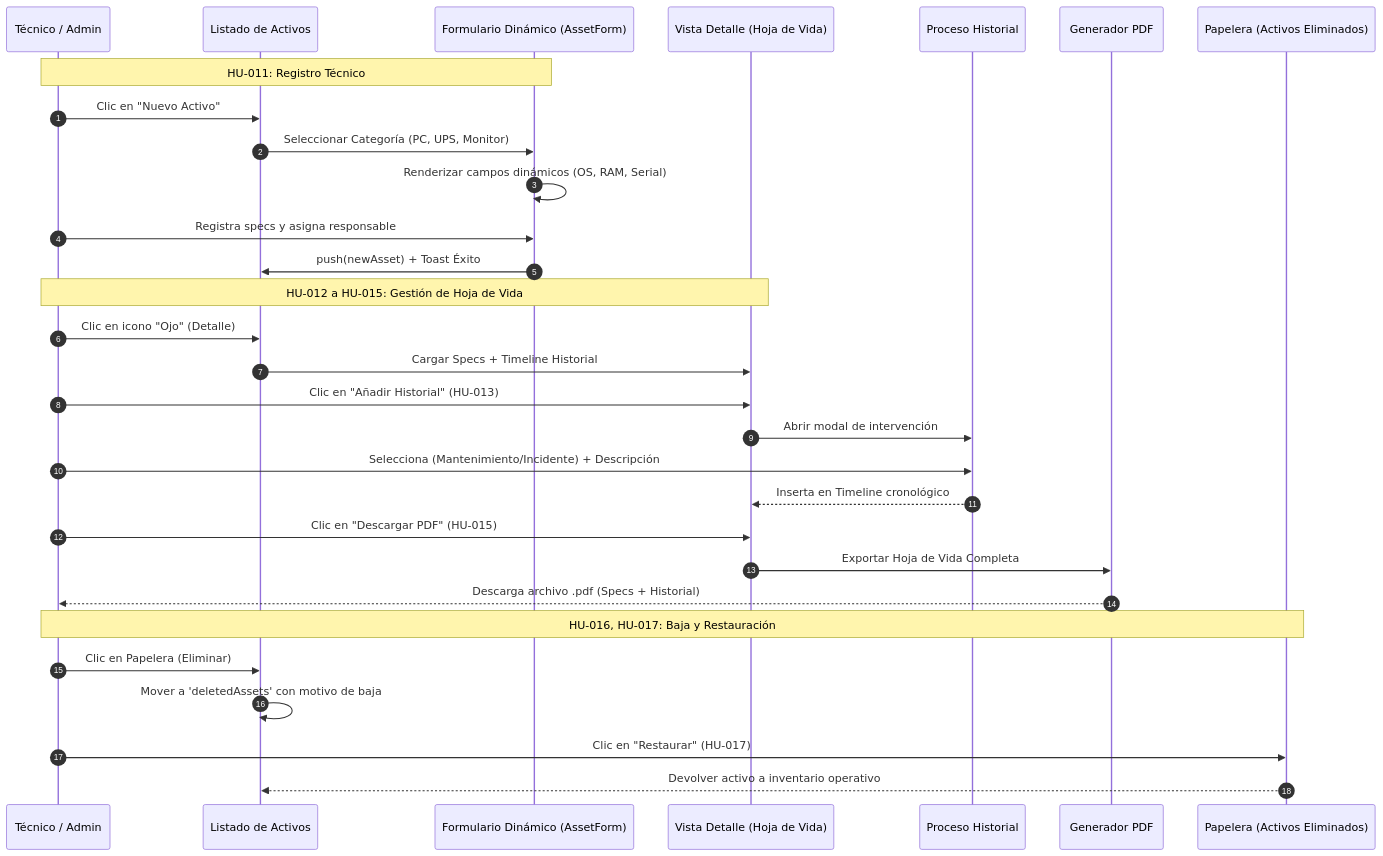
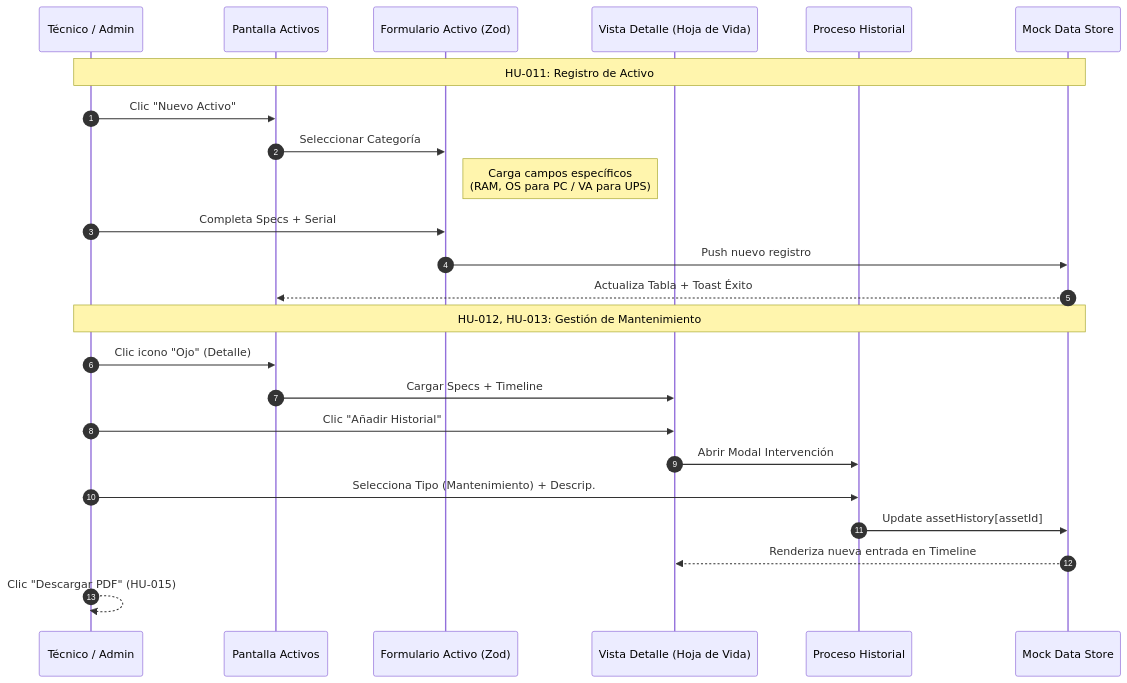
The third of 4 diagrams in DIAGRAMAS.md (KaicerPirata/Proyecto), drawn with Mermaid before and after one commit. The commit also changed other lines of this file, not shown here.

Commit message:
ayudame con un diagrama de clases del sistema bien detallado y especific

````diff
--- a/DIAGRAMAS.md
+++ b/DIAGRAMAS.md
@@ -113,35 +117,28 @@
 ```mermaid
 sequenceDiagram
     autonumber
     participant T as Técnico / Admin
-    participant LA as Listado de Activos
-    participant FD as Formulario Dinámico (AssetForm)
+    participant LA as Pantalla Activos
+    participant AF as Formulario Activo (Zod)
     participant VD as Vista Detalle (Hoja de Vida)
     participant PH as Proceso Historial
-    participant PDF as Generador PDF
-    participant PA as Papelera (Activos Eliminados)
+    participant DB as Mock Data Store
 
-    Note over T, FD: HU-011: Registro Técnico
-    T->>LA: Clic en "Nuevo Activo"
-    LA->>FD: Seleccionar Categoría (PC, UPS, Monitor)
-    FD->>FD: Renderizar campos dinámicos (OS, RAM, Serial)
-    T->>FD: Registra specs y asigna responsable
-    FD->>LA: push(newAsset) + Toast Éxito
+    Note over T, DB: HU-011: Registro de Activo
+    T->>LA: Clic "Nuevo Activo"
+    LA->>AF: Seleccionar Categoría
+    Note right of AF: Carga campos específicos<br/>(RAM, OS para PC / VA para UPS)
+    T->>AF: Completa Specs + Serial
+    AF->>DB: Push nuevo registro
+    DB-->>LA: Actualiza Tabla + Toast Éxito
 
-    Note over T, VD: HU-012 a HU-015: Gestión de Hoja de Vida
-    T->>LA: Clic en icono "Ojo" (Detalle)
-    LA->>VD: Cargar Specs + Timeline Historial
-    T->>VD: Clic en "Añadir Historial" (HU-013)
-    VD->>PH: Abrir modal de intervención
-    T->>PH: Selecciona (Mantenimiento/Incidente) + Descripción
-    PH-->>VD: Inserta en Timeline cronológico
-    T->>VD: Clic en "Descargar PDF" (HU-015)
-    VD->>PDF: Exportar Hoja de Vida Completa
-    PDF-->>T: Descarga archivo .pdf (Specs + Historial)
-
-    Note over T, PA: HU-016, HU-017: Baja y Restauración
-    T->>LA: Clic en Papelera (Eliminar)
-    LA->>LA: Mover a 'deletedAssets' con motivo de baja
-    T->>PA: Clic en "Restaurar" (HU-017)
-    PA-->>LA: Devolver activo a inventario operativo
+    Note over T, DB: HU-012, HU-013: Gestión de Mantenimiento
+    T->>LA: Clic icono "Ojo" (Detalle)
+    LA->>VD: Cargar Specs + Timeline
+    T->>VD: Clic "Añadir Historial"
+    VD->>PH: Abrir Modal Intervención
+    T->>PH: Selecciona Tipo (Mantenimiento) + Descrip.
+    PH->>DB: Update assetHistory[assetId]
+    DB-->>VD: Renderiza nueva entrada en Timeline
+    T-->>T: Clic "Descargar PDF" (HU-015)
 ```
````
